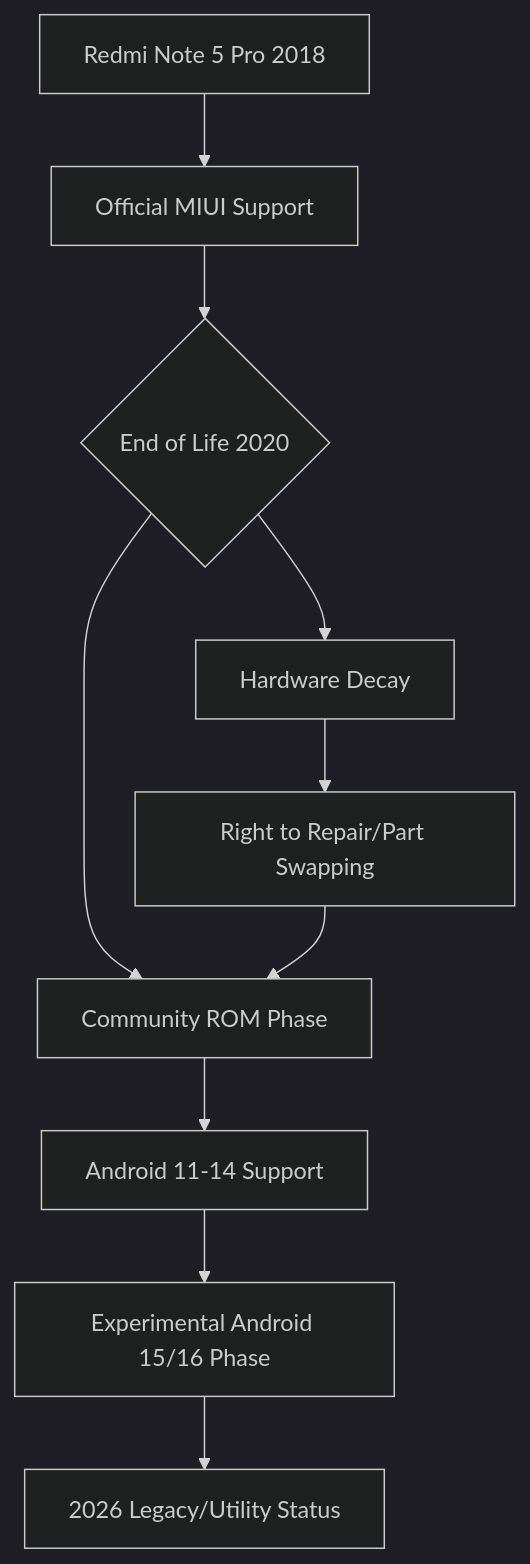
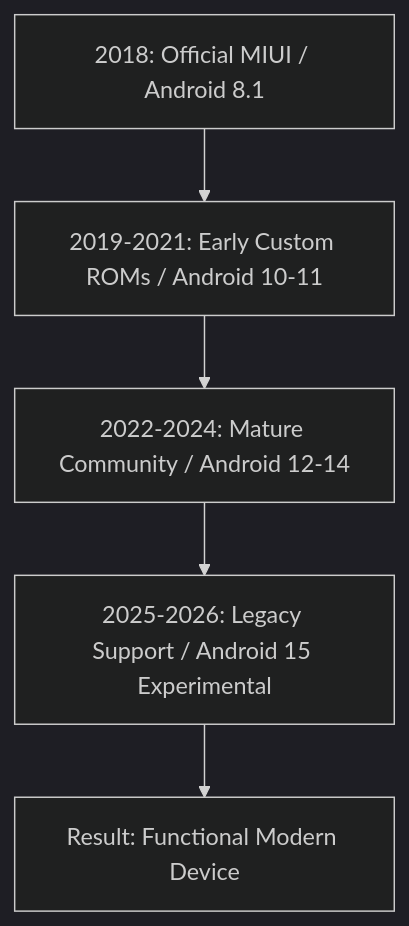
One commit to Thirupathi-pirate/ivy changed the diagram in blog-source/_posts/2026-06-29-redmi-note-5-pro.md. Above: the diagram before and after it, drawn with Mermaid (dark theme). The commit also changed other lines of this file and 2 other files, not shown here.

````diff
--- a/blog-source/_posts/2026-06-29-redmi-note-5-pro.md
+++ b/blog-source/_posts/2026-06-29-redmi-note-5-pro.md
@@ -202,12 +56,7 @@
-```mermaid                                                                  
-graph TD                                                                    
-A[Redmi Note 5 Pro 2018] --> B[Official MIUI Support]                   
-B --> C{End of Life 2020}                                               
-C --> D[Community ROM Phase]                                            
-D --> E[Android 11-14 Support]                                          
-E --> F[Experimental Android 15/16 Phase]                               
-F --> G[2026 Legacy/Utility Status]                                     
-C --> H[Hardware Decay]                                                 
-H --> I[Right to Repair/Part Swapping]                                  
-I --> D                                                                 
-```                                                                         
+```mermaid
+graph TD
+    A[2018: Official MIUI / Android 8.1] --> B[2019-2021: Early Custom ROMs / Android 10-11]
+    B --> C[2022-2024: Mature Community / Android 12-14]
+    C --> D[2025-2026: Legacy Support / Android 15 Experimental]
+    D --> E[Result: Functional Modern Device]
+```
````
